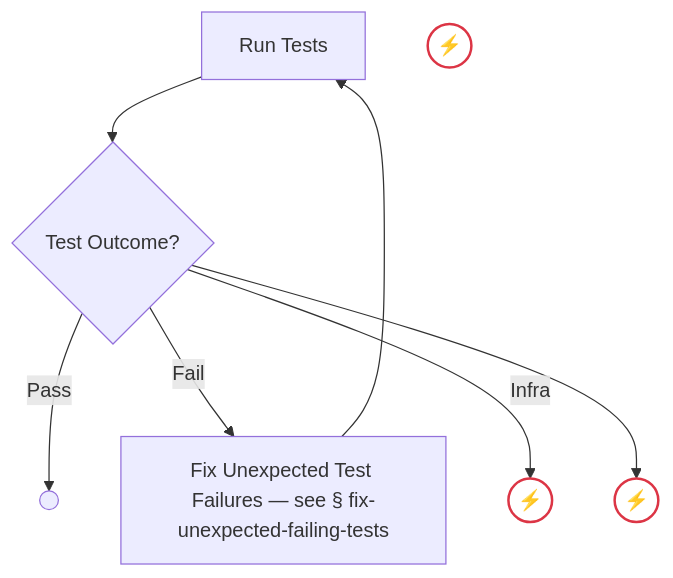
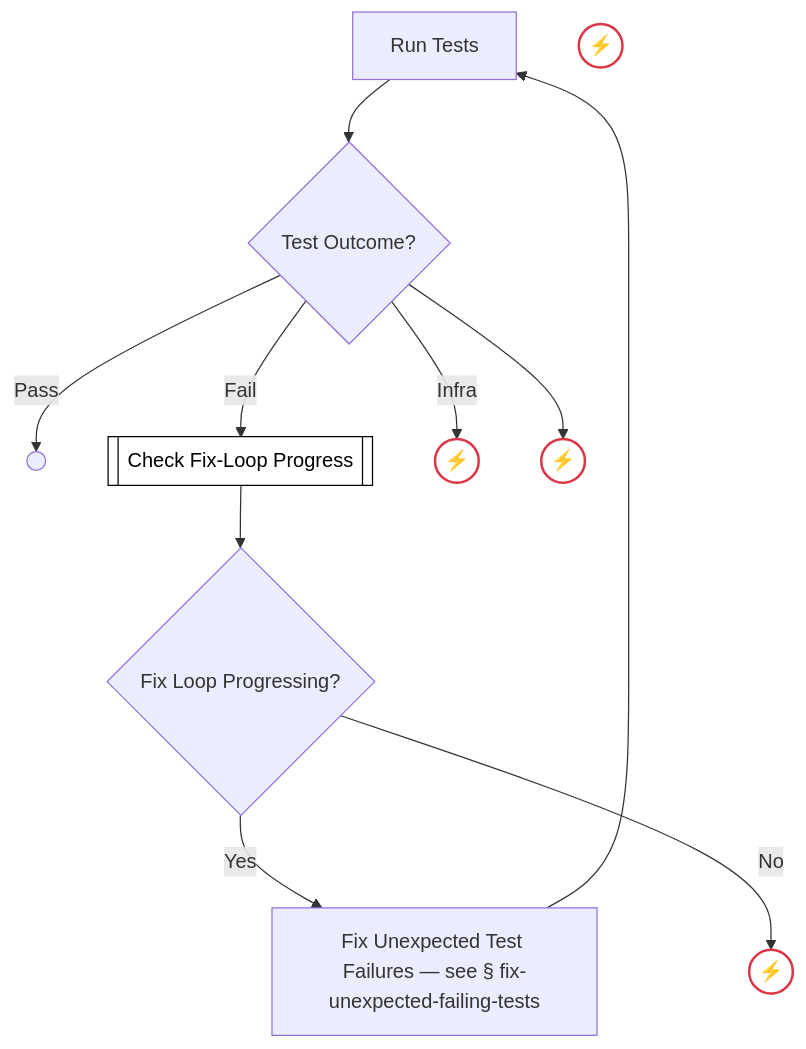
Before and after one commit to optivem/gh-optivem: diagram 23 of 51 in docs/process-diagram.md, drawn with Mermaid. The commit also changed other lines of this file and 3 other files, not shown here.

Commit message:
atdd: regenerate process-flow diagram

````diff
--- a/docs/process-diagram.md
+++ b/docs/process-diagram.md
@@ -492,20 +501,29 @@
 ```mermaid
 flowchart TD
     RUN_TESTS[Run Tests]
     GATE_TESTS_OUTCOME{Test Outcome?}
     VERIFY_PASS_END(( ))
-    FIX_UNEXPECTED_FAILING_TESTS[Fix Unexpected Test Failures — see § fix-unexpected-failing-tests]
+    CHECK_FIX_PROGRESS[[Check Fix-Loop Progress]]
     TESTS_INFRA_HALT((⚡))
     UNKNOWN_TESTS_OUTCOME((⚡))
+    GATE_FIX_PROGRESSING{Fix Loop Progressing?}
+    FIX_UNEXPECTED_FAILING_TESTS[Fix Unexpected Test Failures — see § fix-unexpected-failing-tests]
+    FIX_LOOP_NO_PROGRESS_EXHAUSTED((⚡))
     FIX_LOOP_EXHAUSTED((⚡))
 
     RUN_TESTS --> GATE_TESTS_OUTCOME
     GATE_TESTS_OUTCOME -- Pass --> VERIFY_PASS_END
-    GATE_TESTS_OUTCOME -- Fail --> FIX_UNEXPECTED_FAILING_TESTS
+    GATE_TESTS_OUTCOME -- Fail --> CHECK_FIX_PROGRESS
     GATE_TESTS_OUTCOME -- Infra --> TESTS_INFRA_HALT
     GATE_TESTS_OUTCOME --> UNKNOWN_TESTS_OUTCOME
+    CHECK_FIX_PROGRESS --> GATE_FIX_PROGRESSING
+    GATE_FIX_PROGRESSING -- Yes --> FIX_UNEXPECTED_FAILING_TESTS
+    GATE_FIX_PROGRESSING -- No --> FIX_LOOP_NO_PROGRESS_EXHAUSTED
     FIX_UNEXPECTED_FAILING_TESTS --> RUN_TESTS
 
+    classDef serviceNode fill:#ffffff,stroke:#000000,stroke-width:1px,color:#000000
+    class CHECK_FIX_PROGRESS serviceNode
+
     classDef errorEndNode fill:#ffffff,stroke:#dc3545,stroke-width:2px,color:#000000
-    class FIX_LOOP_EXHAUSTED,TESTS_INFRA_HALT,UNKNOWN_TESTS_OUTCOME errorEndNode
+    class FIX_LOOP_EXHAUSTED,FIX_LOOP_NO_PROGRESS_EXHAUSTED,TESTS_INFRA_HALT,UNKNOWN_TESTS_OUTCOME errorEndNode
 ```
````
